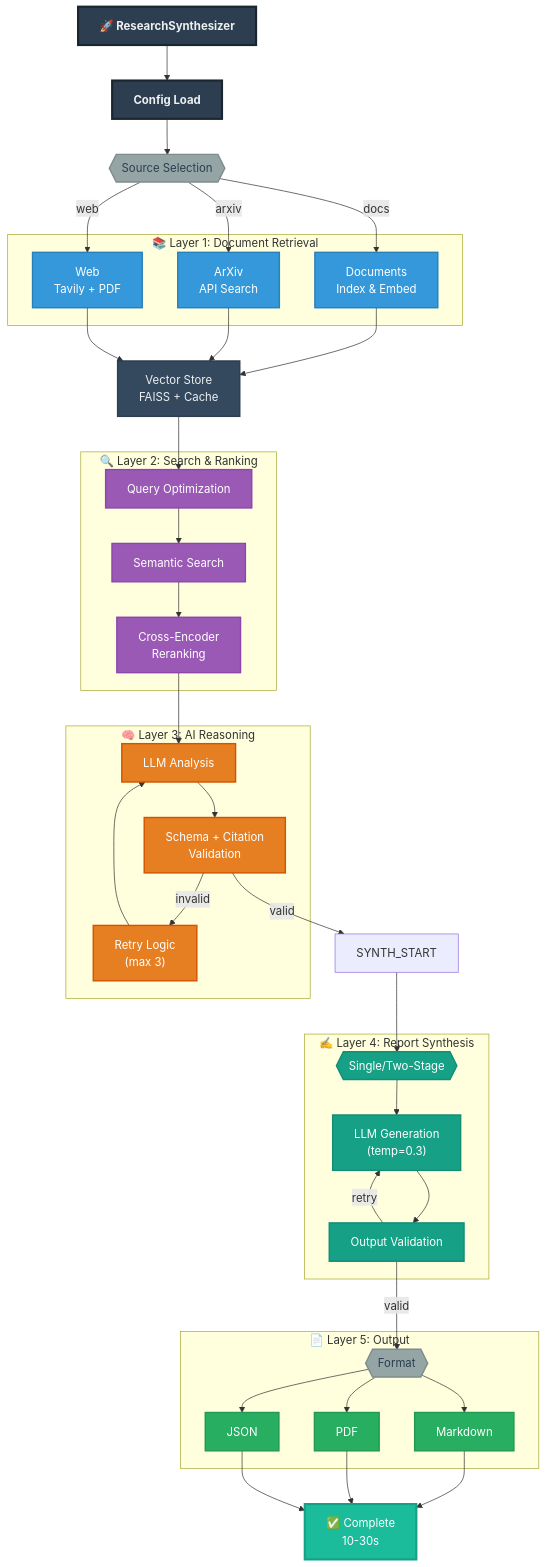
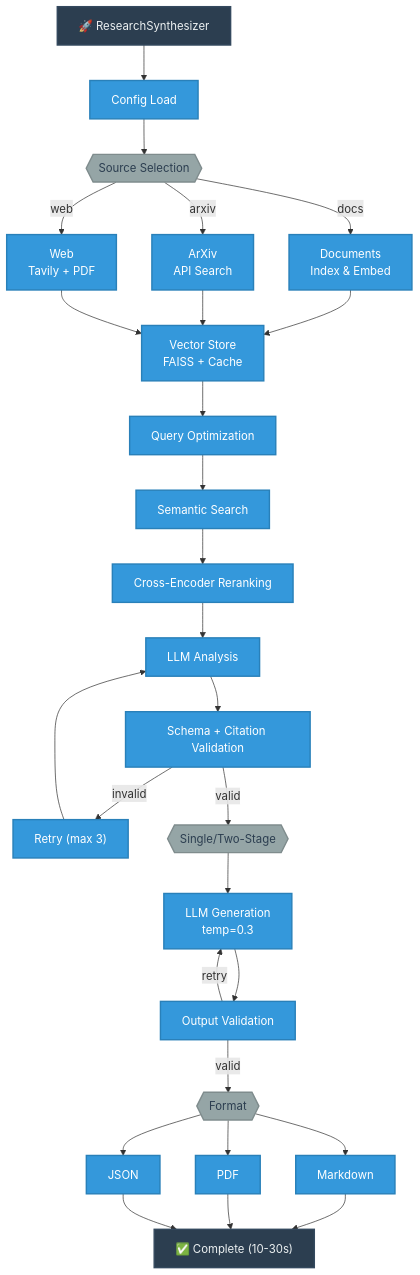
Before and after one commit to mappfinity/research-synthesizer-pub: the diagram in README.md, drawn with Mermaid.

````diff
--- a/README.md
+++ b/README.md
@@ -47,92 +47,42 @@
     START["🚀 ResearchSynthesizer"] --> CONFIG["Config Load"]
     CONFIG --> ROUTE{{"Source Selection"}}
     
-    %% RETRIEVAL LAYER
-    subgraph RETRIEVAL["📚 Layer 1: Document Retrieval"]
-        DOC["Documents<br/>Index & Embed"]
-        ARXIV["ArXiv<br/>API Search"]
-        WEB["Web<br/>Tavily + PDF"]
-    end
-    
-    ROUTE -->|docs| DOC
-    ROUTE -->|arxiv| ARXIV
-    ROUTE -->|web| WEB
+    ROUTE -->|docs| DOC["Documents<br/>Index & Embed"]
+    ROUTE -->|arxiv| ARXIV["ArXiv<br/>API Search"]
+    ROUTE -->|web| WEB["Web<br/>Tavily + PDF"]
     
     DOC --> VECTOR["Vector Store<br/>FAISS + Cache"]
     ARXIV --> VECTOR
     WEB --> VECTOR
     
-    %% SEARCH & RANK
-    subgraph SEARCH["🔍 Layer 2: Search & Ranking"]
-        OPT["Query Optimization"]
-        SEM["Semantic Search"]
-        RERANK["Cross-Encoder<br/>Reranking"]
-    end
+    VECTOR --> OPT["Query Optimization"]
+    OPT --> SEM["Semantic Search"]
+    SEM --> RERANK["Cross-Encoder Reranking"]
     
-    VECTOR --> OPT
-    OPT --> SEM
-    SEM --> RERANK
+    RERANK --> ENGINE["LLM Analysis"]
+    ENGINE --> VALIDATE["Schema + Citation Validation"]
+    VALIDATE -->|invalid| RETRY["Retry (max 3)"]
+    RETRY --> ENGINE
+    VALIDATE -->|valid| MODE{{"Single/Two-Stage"}}
     
-    %% REASONING
-    subgraph REASON["🧠 Layer 3: AI Reasoning"]
-        ENGINE["LLM Analysis"]
-        VALIDATE["Schema + Citation<br/>Validation"]
-        RETRY["Retry Logic<br/>(max 3)"]
-    end
-    
-    RERANK --> ENGINE
-    ENGINE --> VALIDATE
-    VALIDATE -->|invalid| RETRY
-    RETRY --> ENGINE
-    VALIDATE -->|valid| SYNTH_START
-    
-    %% SYNTHESIS
-    subgraph SYNTHESIS["✍️ Layer 4: Report Synthesis"]
-        MODE{{"Single/Two-Stage"}}
-        GEN["LLM Generation<br/>(temp=0.3)"]
-        VAL["Output Validation"]
-    end
-    
-    SYNTH_START --> MODE
-    MODE --> GEN
-    GEN --> VAL
+    MODE --> GEN["LLM Generation<br/>temp=0.3"]
+    GEN --> VAL["Output Validation"]
     VAL -->|retry| GEN
     
-    %% OUTPUT
-    subgraph OUTPUT["📄 Layer 5: Output"]
-        FMT{{"Format"}}
-        MD["Markdown"]
-        PDF["PDF"]
-        JSON["JSON"]
-    end
+    VAL -->|valid| FMT{{"Format"}}
+    FMT --> MD["Markdown"]
+    FMT --> PDF["PDF"]
+    FMT --> JSON["JSON"]
     
-    VAL -->|valid| FMT
-    FMT --> MD
-    FMT --> PDF
-    FMT --> JSON
-    
-    MD --> DONE["✅ Complete<br/>10-30s"]
+    MD --> DONE["✅ Complete (10-30s)"]
     PDF --> DONE
     JSON --> DONE
     
-    %% STYLING
-    classDef entry fill:#2D3E50,stroke:#1A252F,color:#ECF0F1,stroke-width:3px,font-weight:bold
-    classDef retrieval fill:#3498DB,stroke:#2980B9,color:#FFF,stroke-width:2px
-    classDef search fill:#9B59B6,stroke:#8E44AD,color:#FFF,stroke-width:2px
-    classDef reasoning fill:#E67E22,stroke:#D35400,color:#FFF,stroke-width:2px
-    classDef synthesis fill:#16A085,stroke:#138D75,color:#FFF,stroke-width:2px
-    classDef output fill:#27AE60,stroke:#229954,color:#FFF,stroke-width:2px
+    classDef primary fill:#2C3E50,stroke:#34495E,color:#ECF0F1,stroke-width:2px
+    classDef process fill:#3498DB,stroke:#2980B9,color:#FFF,stroke-width:2px
     classDef decision fill:#95A5A6,stroke:#7F8C8D,color:#2C3E50,stroke-width:2px
-    classDef storage fill:#34495E,stroke:#2C3E50,color:#ECF0F1,stroke-width:2px
-    classDef success fill:#1ABC9C,stroke:#16A085,color:#FFF,stroke-width:3px
     
-    class START,CONFIG entry
-    class DOC,ARXIV,WEB retrieval
-    class OPT,SEM,RERANK search
-    class ENGINE,VALIDATE,RETRY reasoning
-    class MODE,GEN,VAL synthesis
-    class MD,PDF,JSON output
-    class ROUTE,FMT decision
-    class VECTOR storage
-    class DONE success
+    class START,DONE primary
+    class CONFIG,DOC,ARXIV,WEB,VECTOR,OPT,SEM,RERANK,ENGINE,VALIDATE,RETRY,GEN,VAL,MD,PDF,JSON process
+    class ROUTE,MODE,FMT decision
 ```
````
